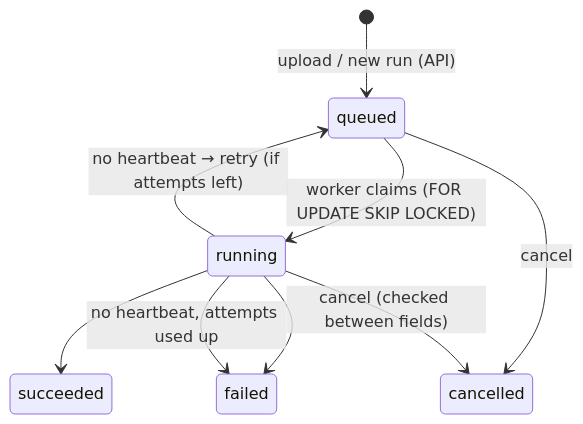
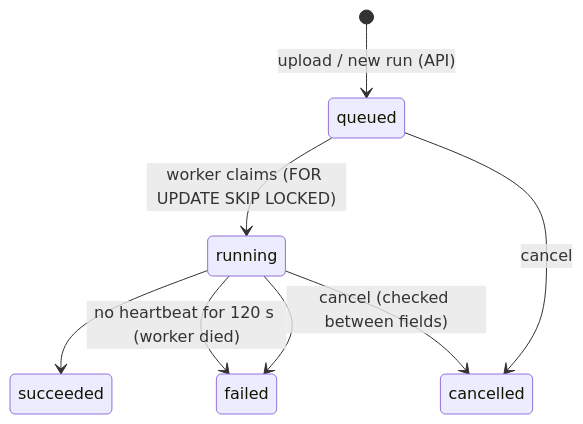
One commit to ramchandra-kc/ContractExtraction changed the second of 3 diagrams in docs/architecture.md. Above: the diagram before and after it, drawn with Mermaid. The commit also changed other lines of this file and 9 other files, not shown here.

````diff
--- a/docs/architecture.md
+++ b/docs/architecture.md
@@ -147,11 +147,10 @@
 ```mermaid
 stateDiagram-v2
     [*] --> queued: upload / new run (API)
     queued --> running: worker claims (FOR UPDATE SKIP LOCKED)
     queued --> cancelled: cancel
     running --> succeeded
     running --> failed
     running --> cancelled: cancel (checked between fields)
-    running --> queued: no heartbeat → retry (if attempts left)
-    running --> failed: no heartbeat, attempts used up
+    running --> failed: no heartbeat for 120 s (worker died)
 ```
````
